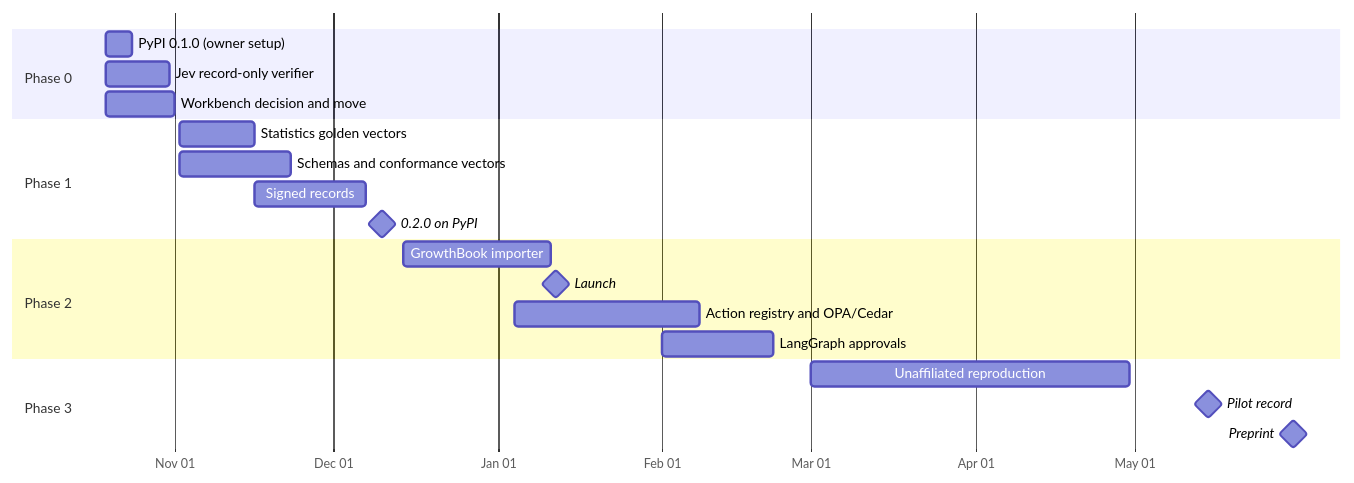
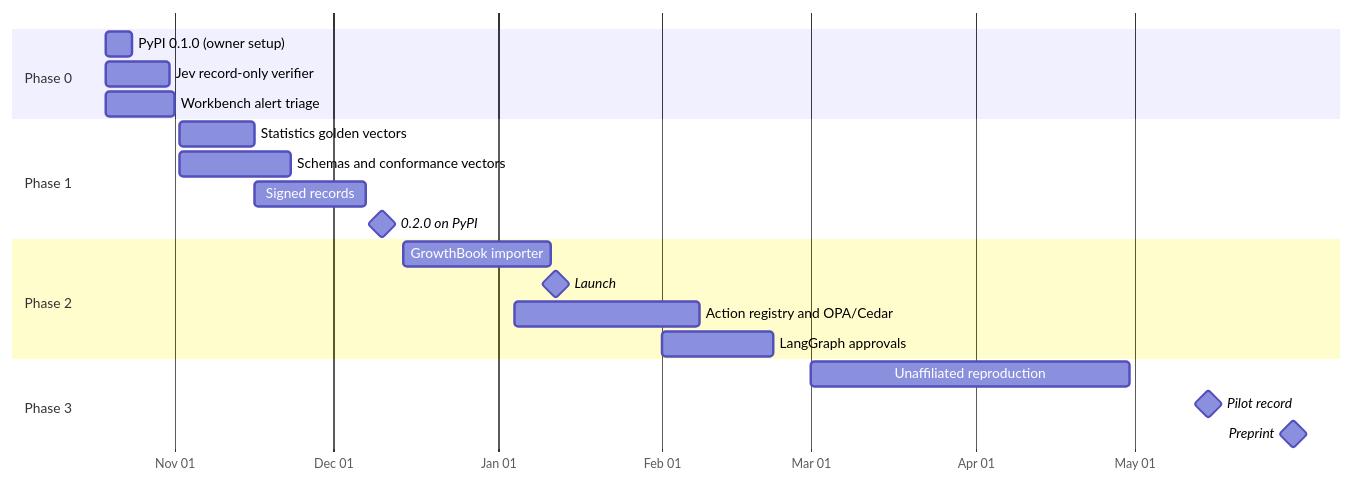
One commit to BichengWang/py-notebook changed the diagram in .plan/README.md. Above: the diagram before and after it, drawn with Mermaid. The commit also changed other lines of this file and 6 other files, not shown here.

````diff
--- a/.plan/README.md
+++ b/.plan/README.md
@@ -109,23 +109,23 @@
 ```mermaid
 gantt
   dateFormat YYYY-MM-DD
   axisFormat %b %d
   section Phase 0
   PyPI 0.1.0 (owner setup)               :p016, 2026-10-19, 5d
   Jev record-only verifier               :p017, 2026-10-19, 12d
-  Workbench decision and move            :p019, 2026-10-19, 13d
+  Workbench alert triage                 :p019, 2026-10-19, 13d
   section Phase 1
   Statistics golden vectors              :p013, 2026-11-02, 14d
   Schemas and conformance vectors        :p011, 2026-11-02, 21d
   Signed records                         :p012, 2026-11-16, 21d
   0.2.0 on PyPI                          :milestone, 2026-12-10, 0d
   section Phase 2
   GrowthBook importer                    :p025, 2026-12-14, 28d
   Launch                                 :milestone, 2027-01-12, 0d
   Action registry and OPA/Cedar          :p015, 2027-01-04, 35d
   LangGraph approvals                    :p026, 2027-02-01, 21d
   section Phase 3
   Unaffiliated reproduction              :p029, 2027-03-01, 60d
   Pilot record                           :milestone, 2027-05-15, 0d
   Preprint                               :milestone, 2027-05-31, 0d
 ```
````
